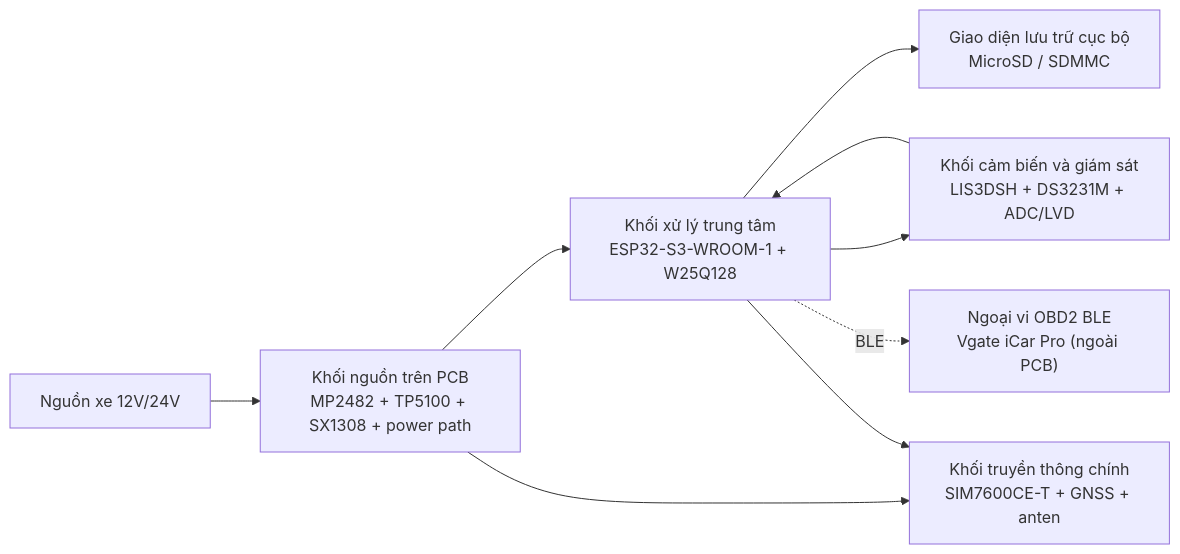
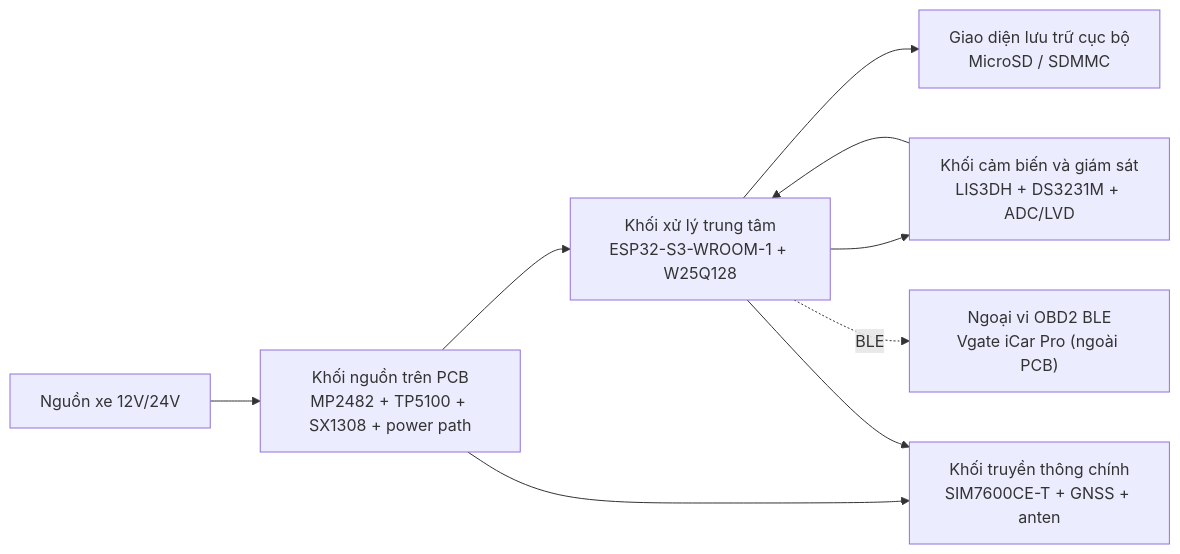
Before and after one commit to anmh1205/IoT_Vehicle_Tracking_System: the diagram in resources/reports/thesis/final/assets/uml/07-chuong-4-trien-khai-hardware-hinh-4-1a.mmd, drawn with Mermaid. The commit also changed 219 other files, not shown here.

```diff
--- a/resources/reports/thesis/final/assets/uml/07-chuong-4-trien-khai-hardware-hinh-4-1a.mmd
+++ b/resources/reports/thesis/final/assets/uml/07-chuong-4-trien-khai-hardware-hinh-4-1a.mmd
@@ -1,17 +1,17 @@
 flowchart LR
     Vin["Nguồn xe 12V/24V"]
     Power["Khối nguồn trên PCB<br/>MP2482 + TP5100 + SX1308 + power path"]
     MCU["Khối xử lý trung tâm<br/>ESP32-S3-WROOM-1 + W25Q128"]
-    Sense["Khối cảm biến và giám sát<br/>LIS3DSH + DS3231M + ADC/LVD"]
+    Sense["Khối cảm biến và giám sát<br/>LIS3DH + DS3231M + ADC/LVD"]
     Modem["Khối truyền thông chính<br/>SIM7600CE-T + GNSS + anten"]
     Storage["Giao diện lưu trữ cục bộ<br/>MicroSD / SDMMC"]
     OBD["Ngoại vi OBD2 BLE<br/>Vgate iCar Pro (ngoài PCB)"]
 
     Vin --> Power
     Power --> MCU
     Power --> Modem
     MCU --> Sense
     Sense --> MCU
     MCU --> Storage
     MCU --> Modem
     MCU -. BLE .-> OBD
```
